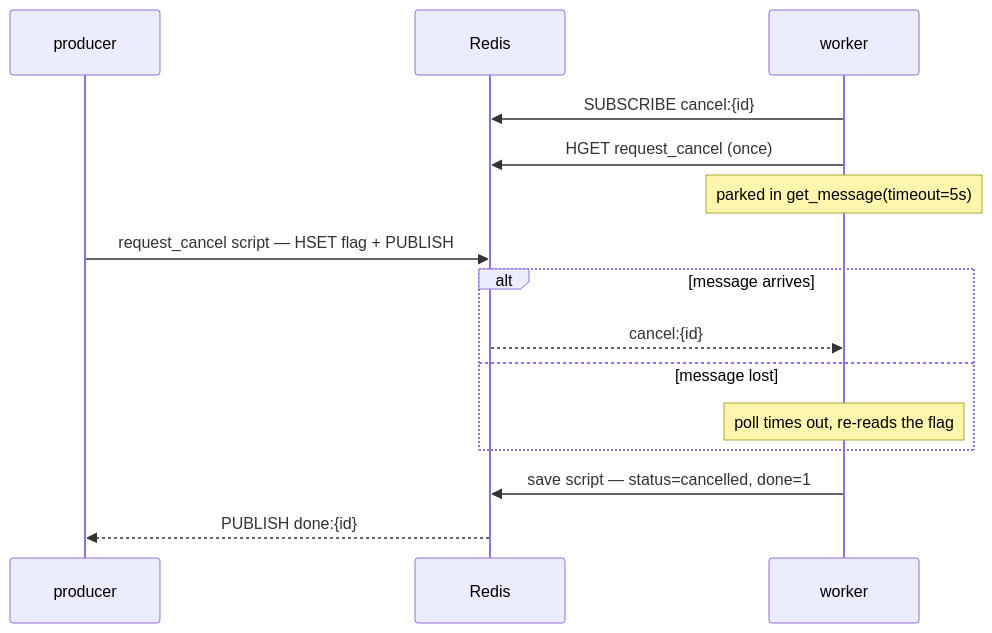
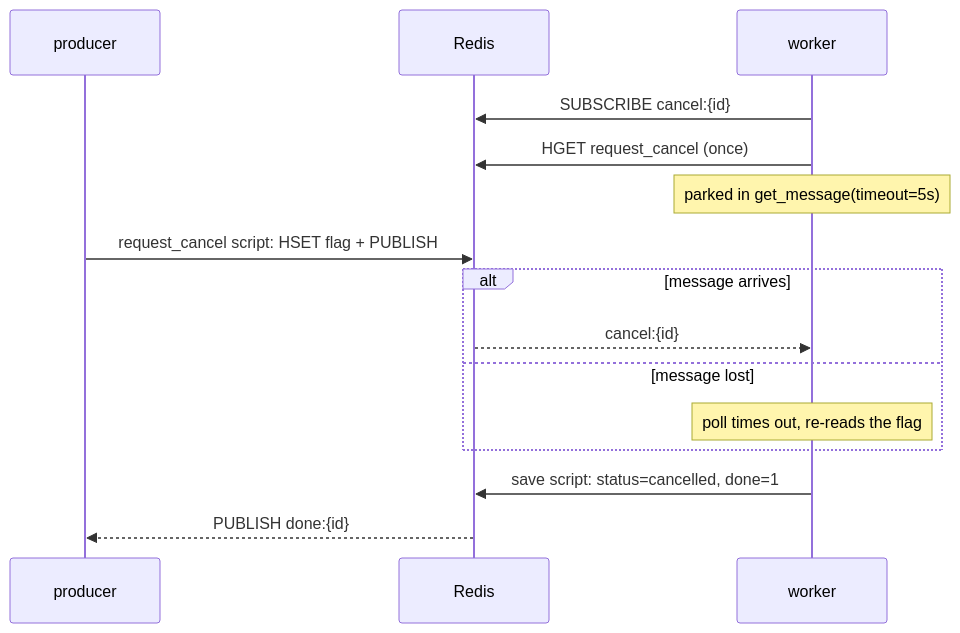
One commit to Amitmadh/TaskQueue changed the diagram in docs/architecture.md. Above: the diagram before and after it, drawn with Mermaid. The commit also changed other lines of this file and 6 other files, not shown here.

````diff
--- a/docs/architecture.md
+++ b/docs/architecture.md
@@ -236,17 +232,17 @@
 ```mermaid
 sequenceDiagram
     participant P as producer
     participant R as Redis
     participant W as worker
     W->>R: SUBSCRIBE cancel:{id}
     W->>R: HGET request_cancel (once)
     Note over W: parked in get_message(timeout=5s)
-    P->>R: request_cancel script — HSET flag + PUBLISH
+    P->>R: request_cancel script: HSET flag + PUBLISH
     alt message arrives
         R-->>W: cancel:{id}
     else message lost
         Note over W: poll times out, re-reads the flag
     end
-    W->>R: save script — status=cancelled, done=1
+    W->>R: save script: status=cancelled, done=1
     R-->>P: PUBLISH done:{id}
 ```
````
